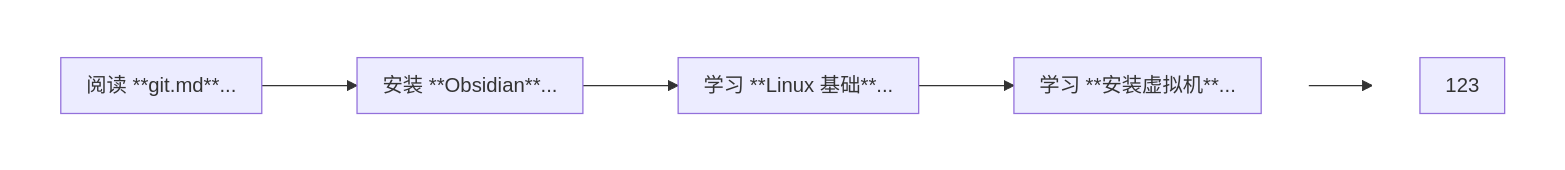
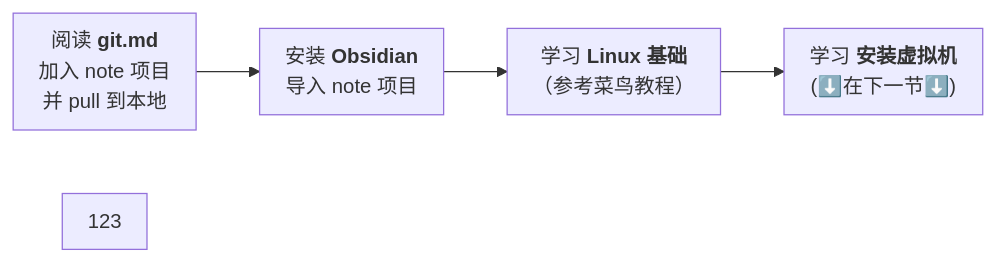
Before and after one commit to ICrazybabyI/note: the first of 2 diagrams in linux_note/README_linux.md, drawn with Mermaid.

Commit message:
vault backup: 2026-06-17 08:27:04

````diff
--- a/linux_note/README_linux.md
+++ b/linux_note/README_linux.md
@@ -11,28 +11,14 @@
 ```mermaid
-%%{init: {'flowchart': {'padding': 10}, 'theme': 'default'}}%%
+%%{init: {'flowchart': {'width': 100,'padding':10},'theme':'default'}}%%
+
 graph LR
-    subgraph Row1 [ ]
-        direction LR
-        A["阅读 **git.md**..."]
-        B["安装 **Obsidian**..."]
-        C["学习 **Linux 基础**..."]
-        D["学习 **安装虚拟机**..."]
-    end
-
-    subgraph Row2 [ ]
-        direction LR
-        E["123"]
-    end
-
+    A["`阅读 **git.md**<br/>加入 note 项目<br/>并 pull 到本地`"]
+    B["`安装 **Obsidian**<br/>导入 note 项目`"]
+    C["`学习 **Linux 基础**<br/>（参考菜鸟教程）`"]
+    D["`学习 **安装虚拟机**<br/> (⬇️在下一节⬇️)`"]
+	E["`123`"]
     A --> B --> C --> D
-    D --> E
-
-    %% 隐藏子图边框和标题
-    style Row1 fill:none,stroke:none;
-    style Row2 fill:none,stroke:none;
-
+	E
 click A href "http://192.168.31.245:8989/wlyw/note/-/blob/main/linux_note/git.md" _blank
-click C href "http://192.168.31.245:8083/" _blank
-
-
+click C href "http://192.168.31.245:8083/"
 ```
````
